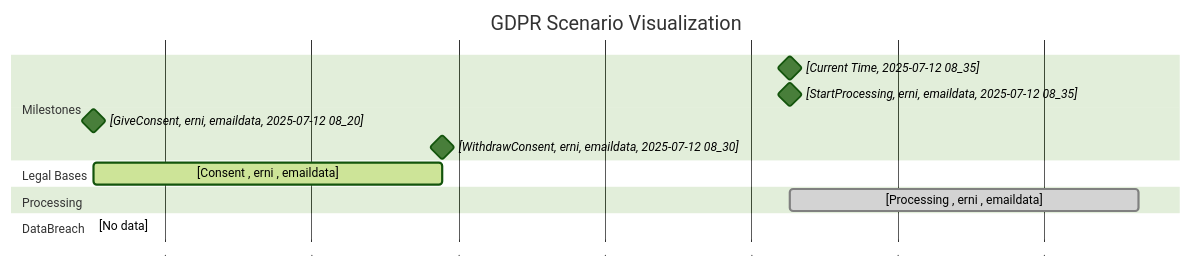
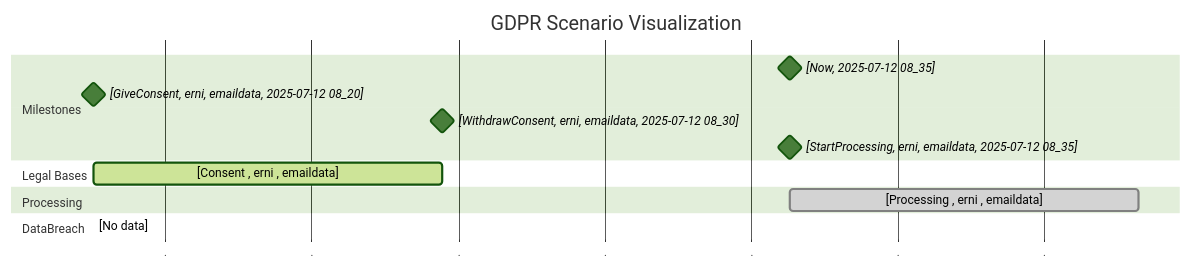
Before and after one commit to Prof-it/formal-verification: the diagram in gdpr/report/MC_ConsentWithdrawn.mmd, drawn with Mermaid (forest theme). The commit also changed 11 other files, not shown here.

```diff
--- a/gdpr/report/MC_ConsentWithdrawn.mmd
+++ b/gdpr/report/MC_ConsentWithdrawn.mmd
@@ -1,19 +1,19 @@
 gantt
     dateFormat  YYYY-MM-DD HH:mm
 axisFormat .
     title GDPR Scenario Visualization
 
     section Milestones
-        [Current Time, 2025-07-12 08_35] :milestone, ct, 2263-04-08 04:09, 0d
-    [StartProcessing, erni, emaildata, 2025-07-12 08_35] :milestone, id1, 2263-04-08 04:09, 0d
-    [GiveConsent, erni, emaildata, 2025-07-12 08_20] :milestone, id2, 2025-07-12 08:20, 0d
-    [WithdrawConsent, erni, emaildata, 2025-07-12 08_30] :milestone, id3, 2144-05-25 06:14, 0d
+        [Now, 2025-07-12 08_35] :milestone, ct, 2263-04-08 04:09, 0d
+    [GiveConsent, erni, emaildata, 2025-07-12 08_20] :milestone, id1, 2025-07-12 08:20, 0d
+    [WithdrawConsent, erni, emaildata, 2025-07-12 08_30] :milestone, id2, 2144-05-25 06:14, 0d
+    [StartProcessing, erni, emaildata, 2025-07-12 08_35] :milestone, id3, 2263-04-08 04:09, 0d
 
     section Legal Bases
     [Consent , erni , emaildata] :active, id4, 2025-07-12 08:20, 2144-05-25 06:14
 
     section Processing
     [Processing , erni , emaildata] :done, id5, 2263-04-08 04:09, 2382-02-19 02:04
 
     section DataBreach
-    [No data] :crit, id6, 2025-07-12 08:20, 2025-07-12 08:35
+    [No data] :crit, id6, 2025-07-12 08:20, 2025-07-12 08:20
```
